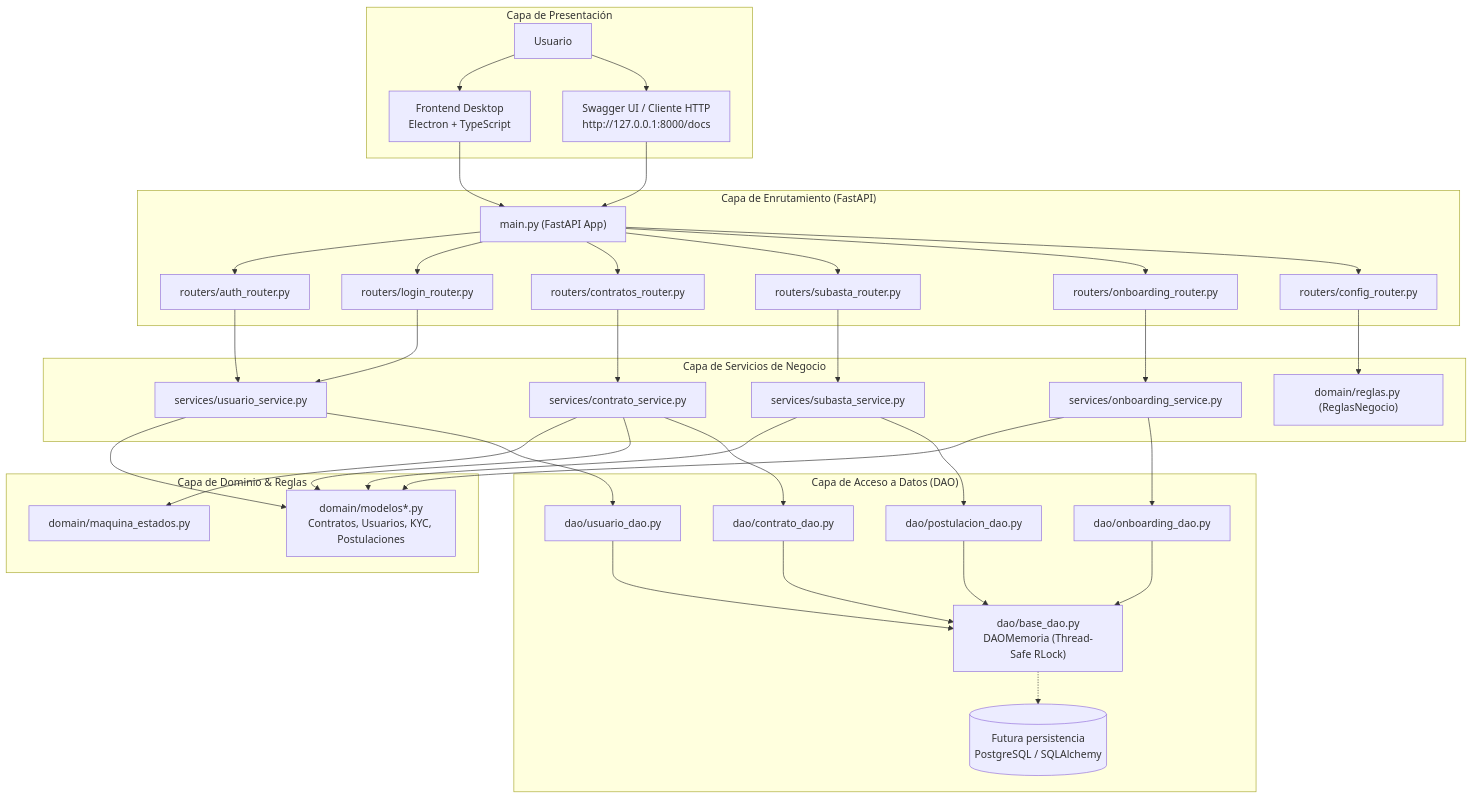
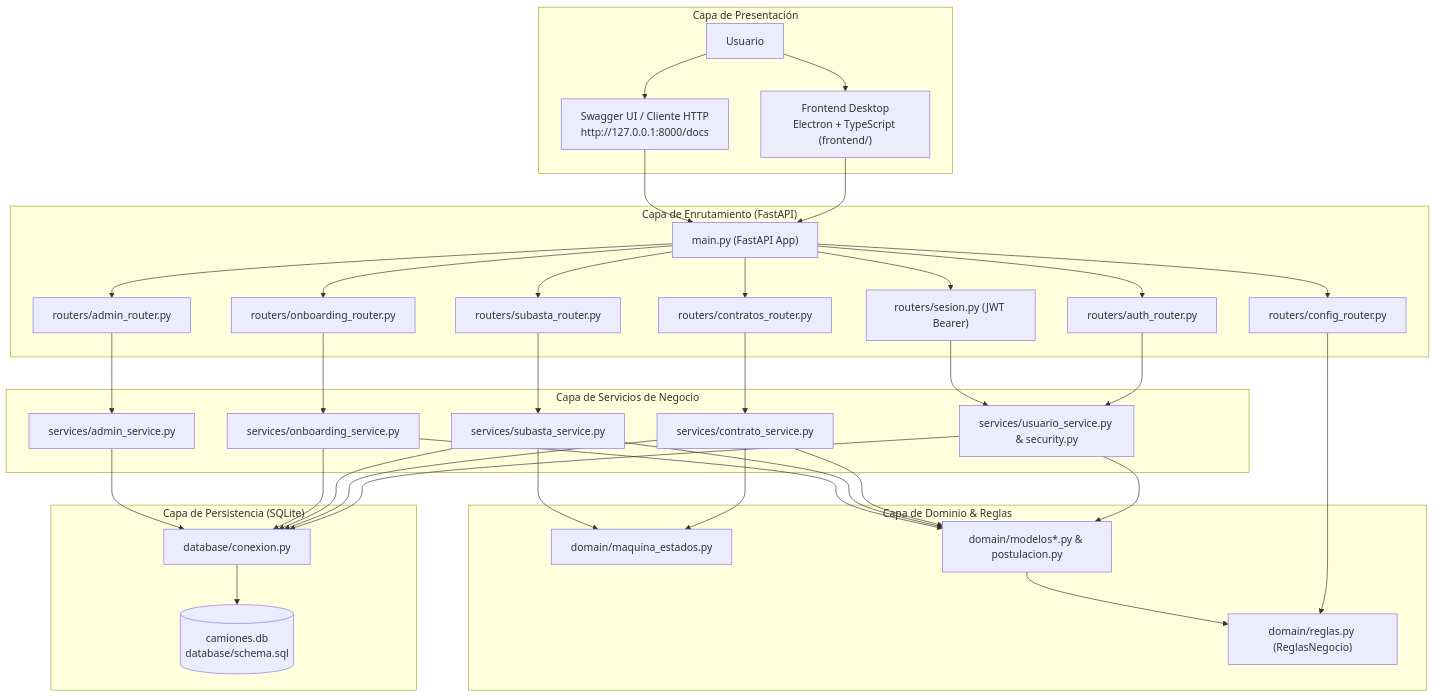
Before and after one commit to hamburgetestudent/Camiones_contratos: the first of 2 diagrams in README.md, drawn with Mermaid. The commit also changed other lines of this file and 3 other files, not shown here.

First line of the commit message:
Add justification and design decisions for class diagram in new markdown file

````diff
--- a/README.md
+++ b/README.md
@@ -293,39 +260,38 @@
 ```mermaid
 flowchart TD
     subgraph UI["Capa de Presentación"]
-        A["Usuario"] --> B["Frontend Desktop<br/>Electron + TypeScript"]
+        A["Usuario"] --> B["Frontend Desktop<br/>Electron + TypeScript (frontend/)"]
         A --> C["Swagger UI / Cliente HTTP<br/>http://127.0.0.1:8000/docs"]
     end
 
     subgraph API["Capa de Enrutamiento (FastAPI)"]
         B & C --> D["main.py (FastAPI App)"]
+        D --> SSEC["routers/sesion.py (JWT Bearer)"]
         D --> R1["routers/auth_router.py"]
-        D --> R2["routers/login_router.py"]
+        D --> R2["routers/admin_router.py"]
         D --> R3["routers/contratos_router.py"]
         D --> R4["routers/subasta_router.py"]
         D --> R5["routers/onboarding_router.py"]
         D --> R6["routers/config_router.py"]
     end
 
     subgraph SERVICES["Capa de Servicios de Negocio"]
-        R1 & R2 --> S1["services/usuario_service.py"]
+        R1 & SSEC --> S1["services/usuario_service.py & security.py"]
+        R2 --> S5["services/admin_service.py"]
         R3 --> S2["services/contrato_service.py"]
         R4 --> S3["services/subasta_service.py"]
         R5 --> S4["services/onboarding_service.py"]
-        R6 --> S5["domain/reglas.py (ReglasNegocio)"]
     end
 
     subgraph DOMAIN["Capa de Dominio & Reglas"]
-        S2 --> M1["domain/maquina_estados.py"]
-        S1 & S2 & S3 & S4 --> M2["domain/modelos*.py<br/>Contratos, Usuarios, KYC, Postulaciones"]
+        R6 --> M3["domain/reglas.py (ReglasNegocio)"]
+        S2 & S3 --> M1["domain/maquina_estados.py"]
+        S1 & S2 & S3 & S4 --> M2["domain/modelos*.py & postulacion.py"]
+        M2 --> M3
     end
 
-    subgraph PERSISTENCE["Capa de Acceso a Datos (DAO)"]
-        S1 --> D1["dao/usuario_dao.py"]
-        S2 --> D2["dao/contrato_dao.py"]
-        S3 --> D3["dao/postulacion_dao.py"]
-        S4 --> D4["dao/onboarding_dao.py"]
-        D1 & D2 & D3 & D4 --> BDAO["dao/base_dao.py<br/>DAOMemoria (Thread-Safe RLock)"]
-        BDAO -.-> DB[("Futura persistencia<br/>PostgreSQL / SQLAlchemy")]
+    subgraph PERSISTENCE["Capa de Persistencia (SQLite)"]
+        S1 & S2 & S3 & S4 & S5 --> DBCON["database/conexion.py"]
+        DBCON --> SQLITE[("camiones.db<br/>database/schema.sql")]
     end
 ```
````
